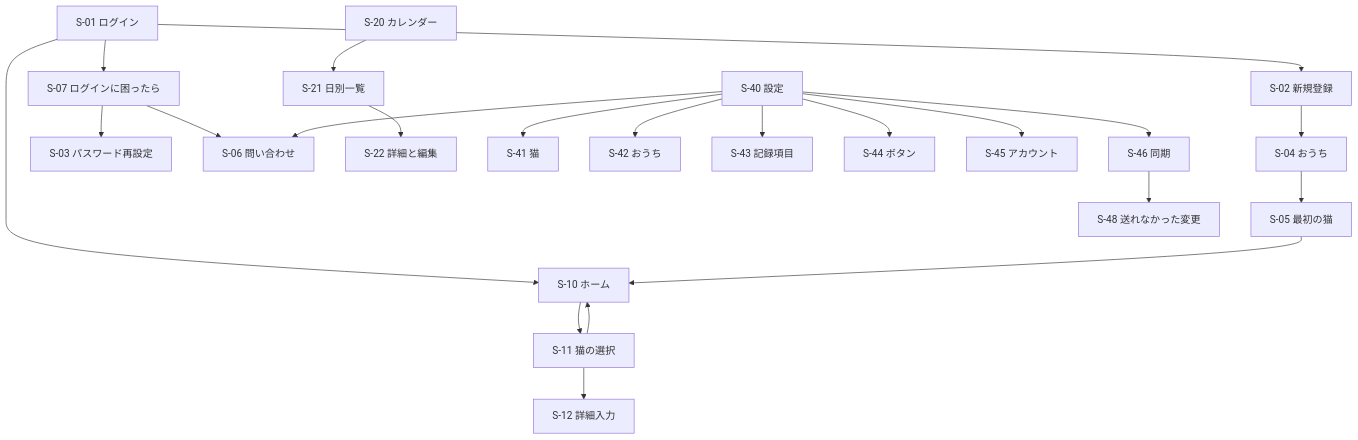
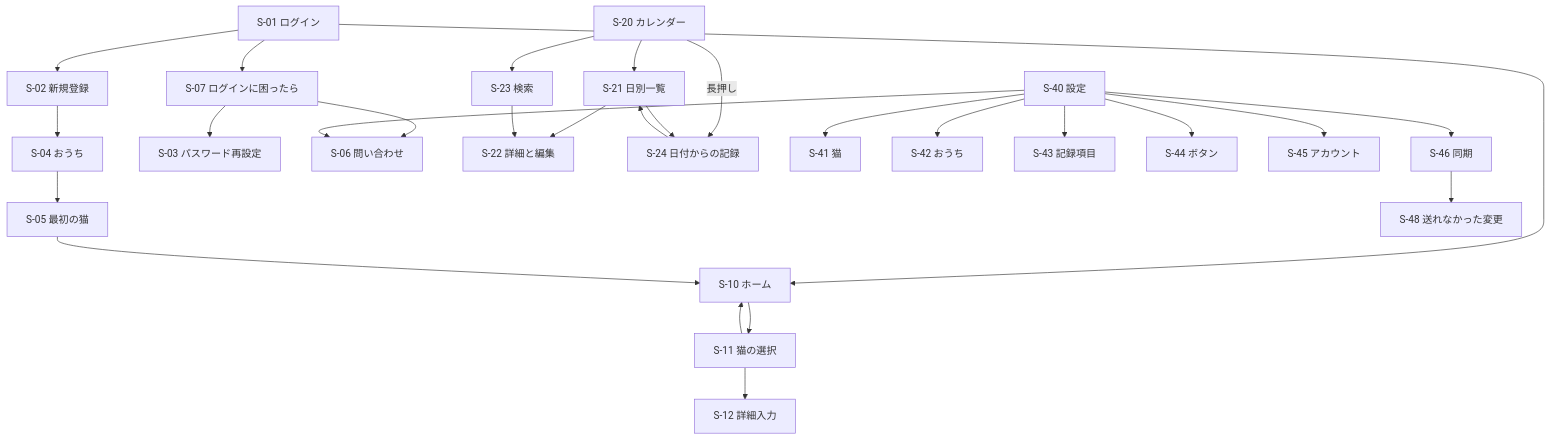
One commit to major182/MeowScope changed the diagram in docs/04_screen-design.md. Above: the diagram before and after it, drawn with Mermaid. The commit also changed other lines of this file and 3 other files, not shown here.

````diff
--- a/docs/04_screen-design.md
+++ b/docs/04_screen-design.md
@@ -69,12 +71,15 @@
 ```mermaid
 flowchart TD
   S01[S-01 ログイン] --> S10[S-10 ホーム]
   S01 --> S02[S-02 新規登録] --> S04[S-04 おうち] --> S05[S-05 最初の猫] --> S10
   S01 --> S07[S-07 ログインに困ったら] --> S03[S-03 パスワード再設定]
   S07 --> S06[S-06 問い合わせ]
   S10 --> S11[S-11 猫の選択] --> S10
   S11 --> S12[S-12 詳細入力]
   S20[S-20 カレンダー] --> S21[S-21 日別一覧] --> S22[S-22 詳細と編集]
+  S20 -->|長押し| S24[S-24 日付からの記録]
+  S21 --> S24 --> S21
+  S20 --> S23[S-23 検索] --> S22
   S40[S-40 設定] --> S41[S-41 猫] & S42[S-42 おうち] & S43[S-43 記録項目] & S44[S-44 ボタン] & S45[S-45 アカウント] & S46[S-46 同期] & S06
   S46 --> S48[S-48 送れなかった変更]
 ```
````
